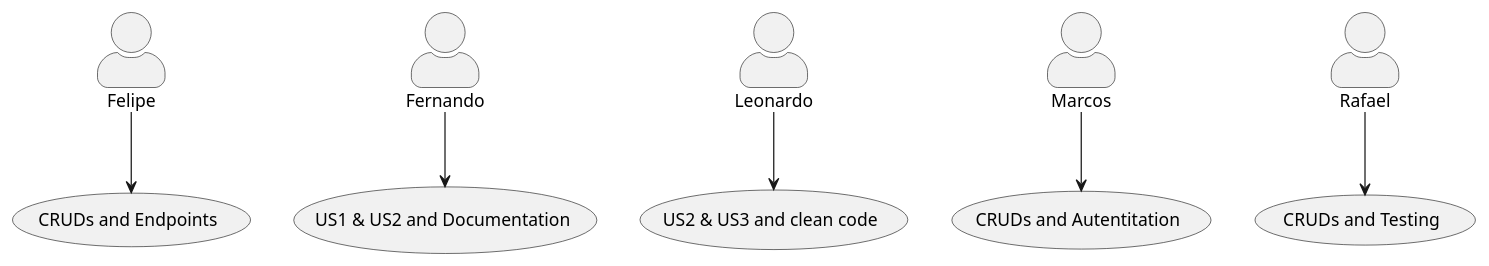
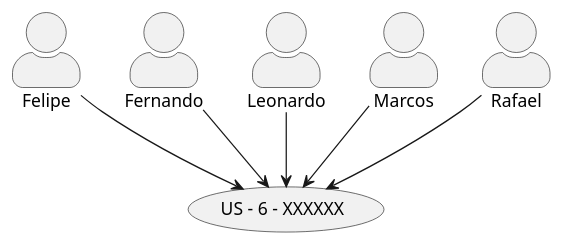
The diagram in docs/guide/README.md (netto-meli/w4g9-projeto-final), drawn with PlantUML before and after one commit. The commit also changed other lines of this file and 17 other files, not shown here.

````diff
--- a/docs/guide/README.md
+++ b/docs/guide/README.md
@@ -9,15 +81,15 @@
 ``` plantuml
 @startuml
 skinparam actorStyle awesome
 "Felipe" as flp
 "Fernando" as frn
 "Leonardo" as lnd
 "Marcos" as mcs
 "Rafael" as rfl
-flp --> (CRUDs and Endpoints)
-frn --> (US1 & US2 and Documentation)
-lnd --> (US2 & US3 and clean code)
-mcs --> (CRUDs and Autentitation)
-rfl --> (CRUDs and Testing)
+flp --> (US - 6 - XXXXXX)
+frn --> (US - 6 - XXXXXX)
+lnd --> (US - 6 - XXXXXX)
+mcs --> (US - 6 - XXXXXX)
+rfl --> (US - 6 - XXXXXX)
 @enduml
 ```
````
